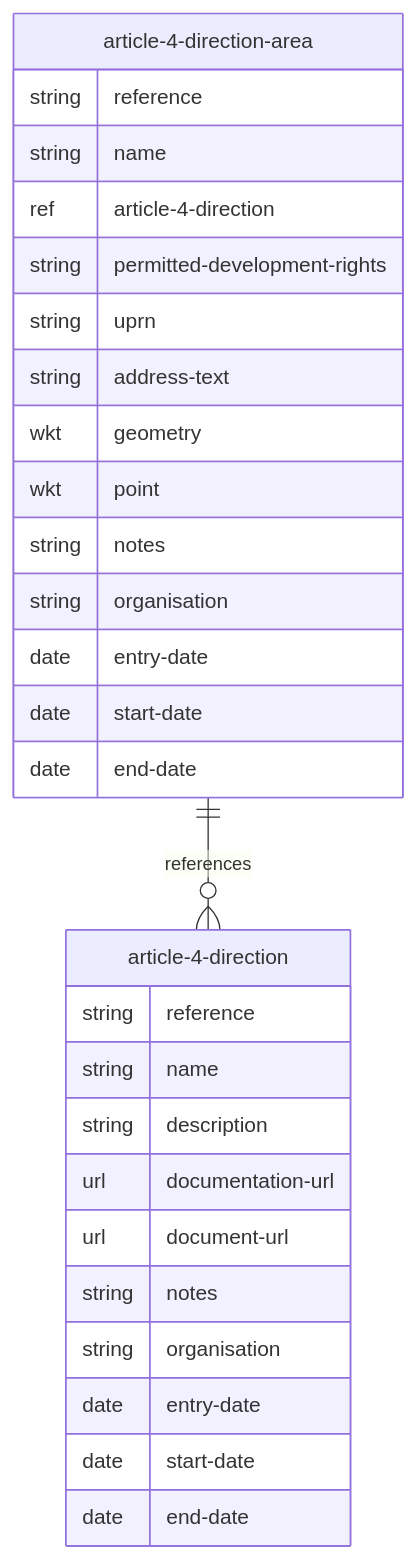
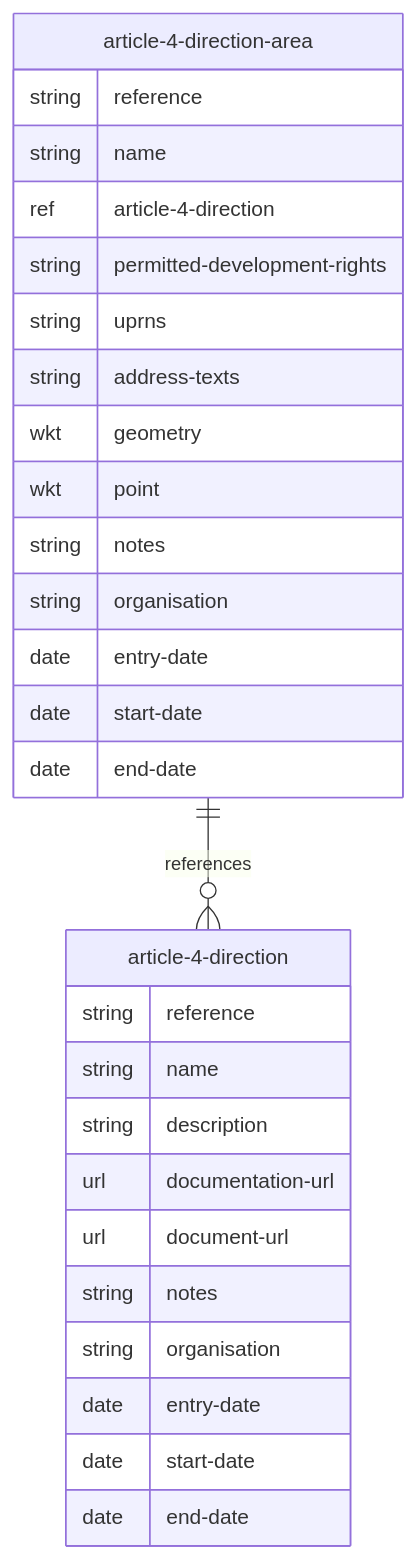
One commit to digital-land/specification changed the diagram in mermaid/article-4-direction.md. Above: the diagram before and after it, drawn with Mermaid. The commit also changed 2 other files, not shown here.

````diff
--- a/mermaid/article-4-direction.md
+++ b/mermaid/article-4-direction.md
@@ -4,31 +4,31 @@
 ```mermaid
 erDiagram
     article-4-direction {
         string reference
         string name
         string description
         url documentation-url
         url document-url
         string notes
         string organisation
         date entry-date
         date start-date
         date end-date
     }
     article-4-direction-area {
         string reference
         string name
         ref article-4-direction
         string permitted-development-rights
-        string uprn
-        string address-text
+        string uprns
+        string address-texts
         wkt geometry
         wkt point
         string notes
         string organisation
         date entry-date
         date start-date
         date end-date
     }
     article-4-direction-area ||--o{ article-4-direction : references
 ```
````
